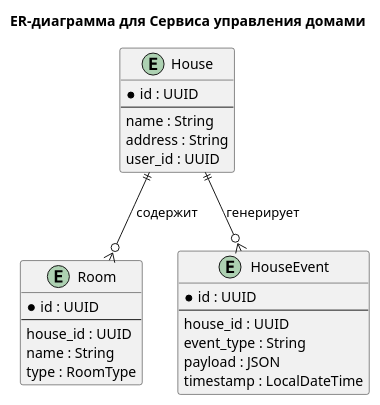
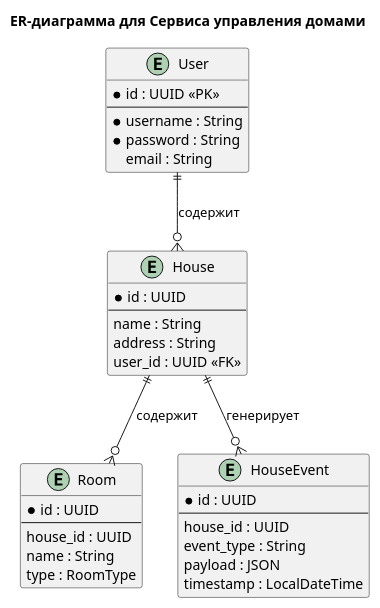
Before and after one commit to dariatsv/architecture-sprint-3: the diagram in diagrams/task3/er_house.puml, drawn with PlantUML. The commit also changed 2 other files, not shown here.

```diff
--- a/diagrams/task3/er_house.puml
+++ b/diagrams/task3/er_house.puml
@@ -1,34 +1,43 @@
 @startuml
 
 title ER-диаграмма для Сервиса управления домами
+
+entity "User" as U {
+  * id : UUID <<PK>>
+  --
+  * username : String
+  * password : String
+  email : String
+}
 
 entity "House" as H {
   * id : UUID
   --
   name : String
   address : String
-  user_id : UUID
+  user_id : UUID <<FK>>
 }
 
 entity "Room" as R {
   * id : UUID
   --
   house_id : UUID
   name : String
   type : RoomType
 }
 
 entity "HouseEvent" as HE {
   * id : UUID
   --
   house_id : UUID
   event_type : String
   payload : JSON
   timestamp : LocalDateTime
 }
 
 ' Взаимосвязи между сущностями
 H ||--o{ R : содержит
 H ||--o{ HE : генерирует
+U ||--o{ H : содержит
 
 @enduml
```
